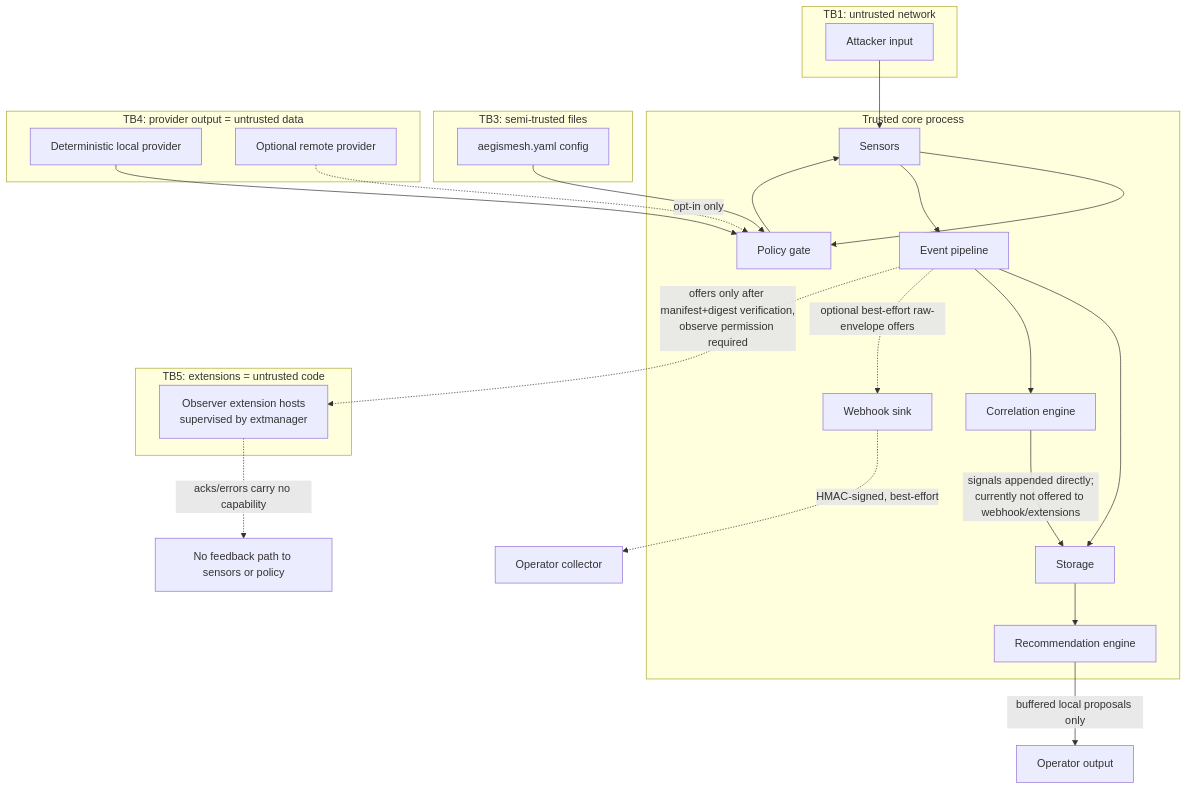
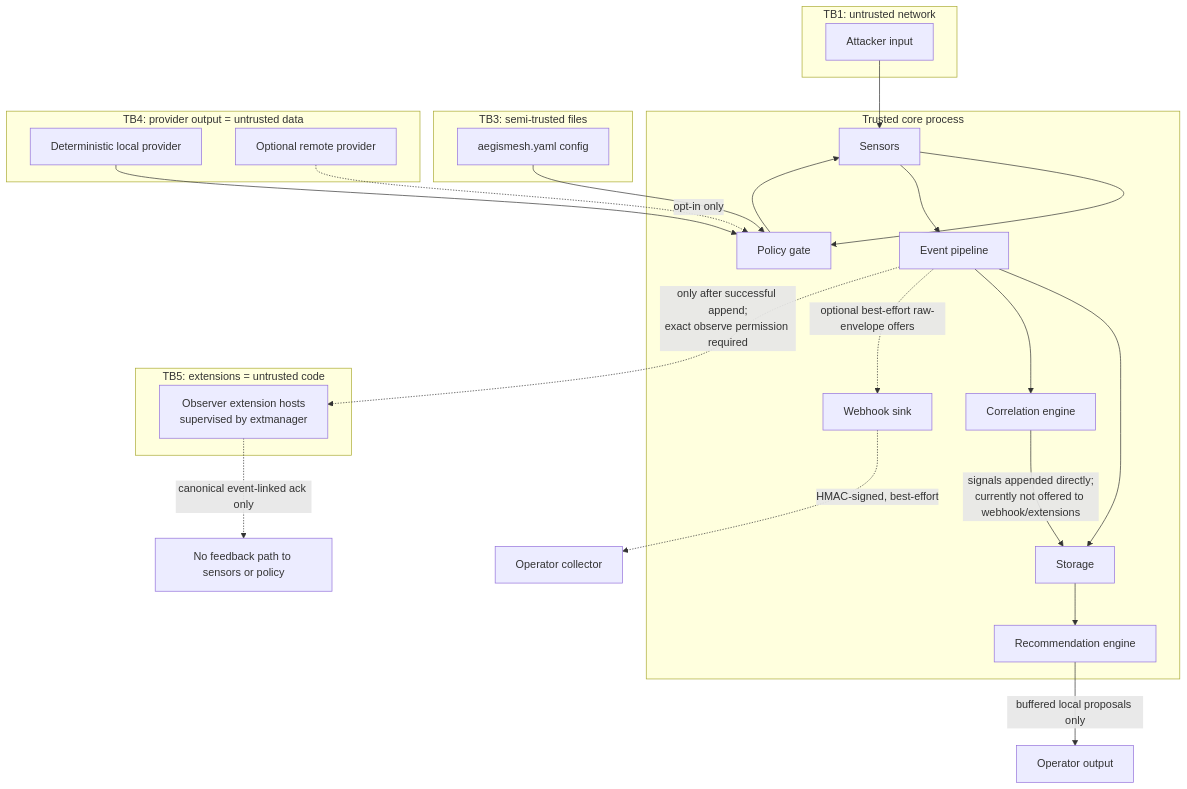
The second of 3 diagrams in docs/architecture/data-flow.md (metaforismo/AegisMesh), drawn with Mermaid before and after one commit. The commit also changed other lines of this file and 12 other files, not shown here.

````diff
--- a/docs/architecture/data-flow.md
+++ b/docs/architecture/data-flow.md
@@ -111,41 +113,41 @@
 ```mermaid
 flowchart TB
     subgraph TB1["TB1: untrusted network"]
         X[Attacker input]
     end
     subgraph CORE["Trusted core process"]
         S[Sensors]
         POL[Policy gate]
         EV[Event pipeline]
         COR[Correlation engine]
         WEB[Webhook sink]
         ST[Storage]
         REC[Recommendation engine]
     end
     subgraph TB3["TB3: semi-trusted files"]
         CF[aegismesh.yaml config]
     end
     subgraph TB4["TB4: provider output = untrusted data"]
         LP[Deterministic local provider]
         RP[Optional remote provider]
     end
     subgraph TB5["TB5: extensions = untrusted code"]
         EH[Observer extension hosts\nsupervised by extmanager]
     end
     X --> S
     CF --> POL
     S --> POL
     LP --> POL
     RP -.->|opt-in only| POL
     S --> EV
     POL --> S
     EV --> ST
     ST --> REC
     EV --> COR
     EV -.->|"optional best-effort raw-envelope offers"| WEB
     COR -->|"signals appended directly;\ncurrently not offered to webhook/extensions"| ST
-    EV -.->|"offers only after manifest+digest verification,\nobserve permission required"| EH
-    EH -.->|"acks/errors carry no capability"| NFB[No feedback path to sensors or policy]
+    EV -.->|"only after successful append;\nexact observe permission required"| EH
+    EH -.->|"canonical event-linked ack only"| NFB[No feedback path to sensors or policy]
     WEB -.->|"HMAC-signed, best-effort"| COL[Operator collector]
     REC -->|"buffered local proposals only"| OUT[Operator output]
 ```
````
